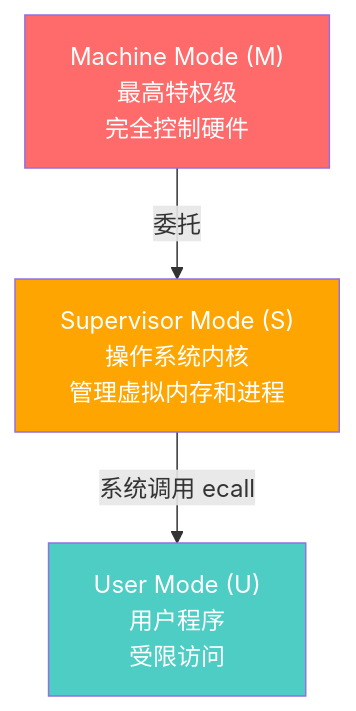
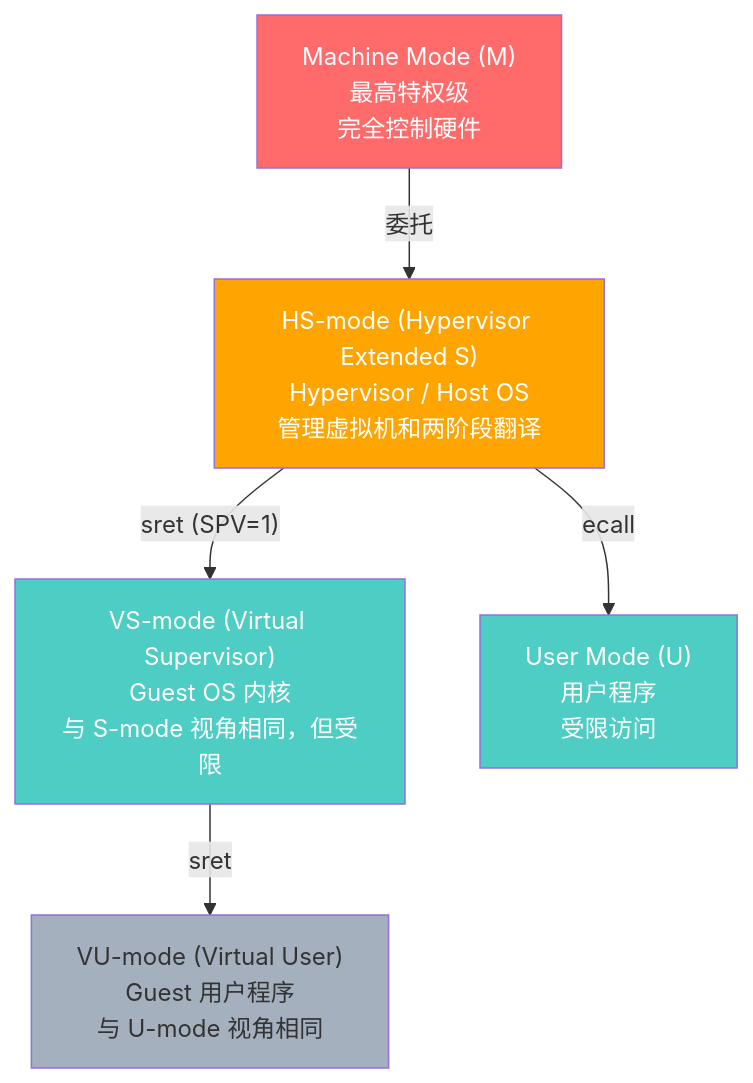
The first of 4 diagrams in riscv/03-privileged/privileged-modes-and-csr.md (swjtuer326/cs-learning-notes), drawn with Mermaid before and after one commit. The commit also changed other lines of this file and 4 other files, not shown here.

````diff
--- a/riscv/03-privileged/privileged-modes-and-csr.md
+++ b/riscv/03-privileged/privileged-modes-and-csr.md
@@ -20,13 +20,19 @@
 ```mermaid
 graph TB
     M["Machine Mode (M)<br/>最高特权级<br/>完全控制硬件"]
-    S["Supervisor Mode (S)<br/>操作系统内核<br/>管理虚拟内存和进程"]
+    HS["HS-mode (Hypervisor Extended S)<br/>Hypervisor / Host OS<br/>管理虚拟机和两阶段翻译"]
+    VS["VS-mode (Virtual Supervisor)<br/>Guest OS 内核<br/>与 S-mode 视角相同，但受限"]
+    VU["VU-mode (Virtual User)<br/>Guest 用户程序<br/>与 U-mode 视角相同"]
     U["User Mode (U)<br/>用户程序<br/>受限访问"]
 
-    M --> |"委托"| S
-    S --> |"系统调用 ecall"| U
+    M --> |"委托"| HS
+    HS --> |"sret (SPV=1)"| VS
+    VS --> |"sret"| VU
+    HS --> |"ecall"| U
 
     style M fill:#ff6b6b,color:#fff
-    style S fill:#ffa502,color:#fff
+    style HS fill:#ffa502,color:#fff
+    style VS fill:#4ecdc4,color:#fff
+    style VU fill:#a4b0be,color:#333
     style U fill:#4ecdc4,color:#fff
 ```
````
